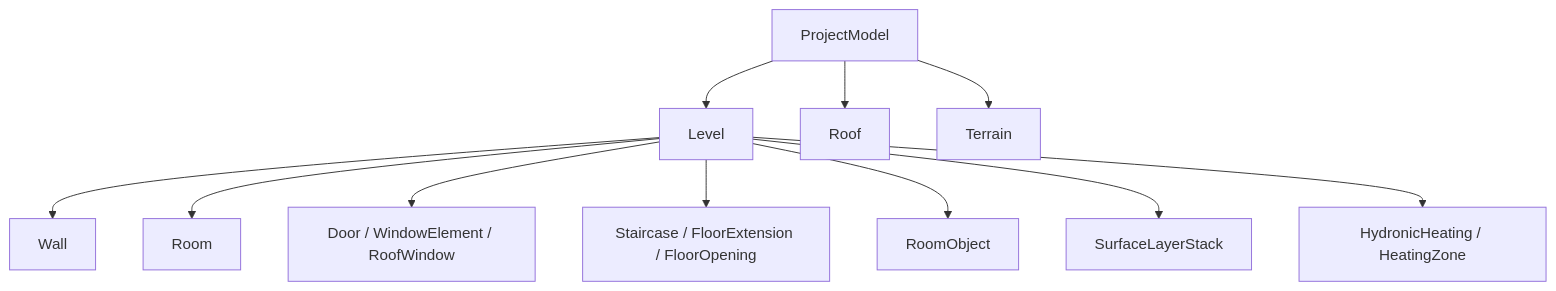
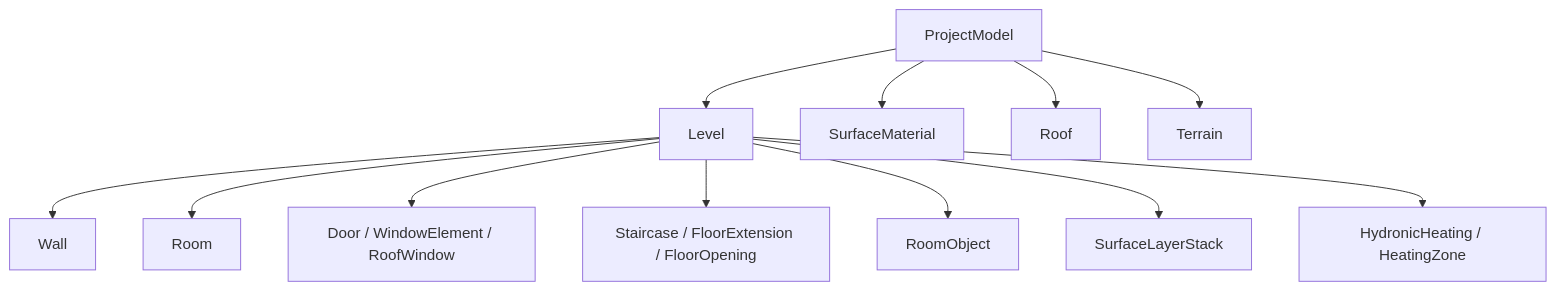
Before and after one commit to foto-andreas/CADas: the diagram in src/main/java/de/schrell/cadas/domain/model/README.md, drawn with Mermaid. The commit also changed other lines of this file and 20 other files, not shown here.

````diff
--- a/src/main/java/de/schrell/cadas/domain/model/README.md
+++ b/src/main/java/de/schrell/cadas/domain/model/README.md
@@ -12,13 +12,14 @@
 ```mermaid
 flowchart TD
     P[ProjectModel] --> L[Level]
+    P --> Sm[SurfaceMaterial]
     P --> Rf[Roof]
     P --> Tn[Terrain]
     L --> W[Wall]
     L --> R[Room]
     L --> O[Door / WindowElement / RoofWindow]
     L --> S[Staircase / FloorExtension / FloorOpening]
     L --> Ro[RoomObject]
     L --> Sl[SurfaceLayerStack]
     L --> H[HydronicHeating / HeatingZone]
 ```
````
